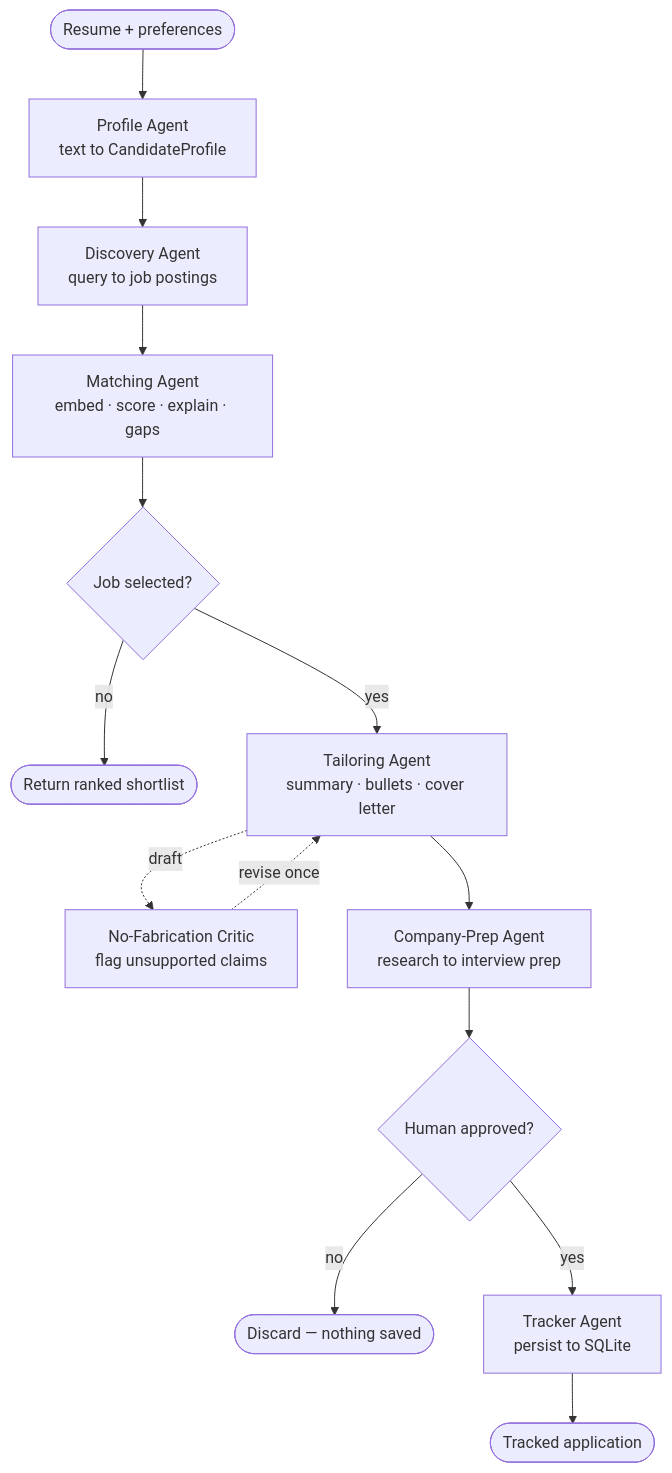
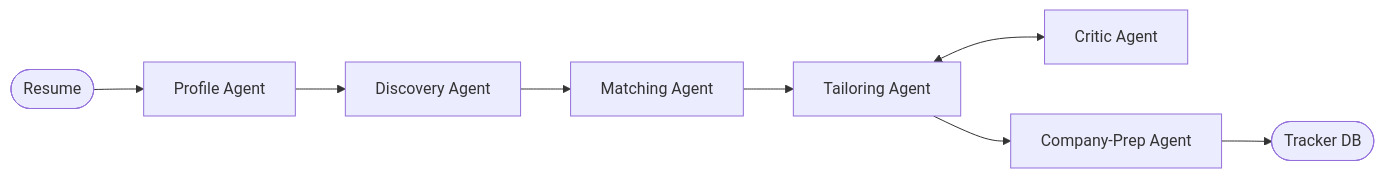
The diagram in README.md (soorya-7007/job-hunt-agent), drawn with Mermaid before and after one commit. The commit also changed other lines of this file, not shown here.

````diff
--- a/README.md
+++ b/README.md
@@ -79,19 +57,10 @@
 ```mermaid
-flowchart TD
-    START([Resume + preferences]) --> P[Profile Agent<br/>text to CandidateProfile]
-    P --> D[Discovery Agent<br/>query to job postings]
-    D --> M[Matching Agent<br/>embed · score · explain · gaps]
-
-    M --> G1{Job selected?}
-    G1 -->|no| STOP1([Return ranked shortlist])
-    G1 -->|yes| T[Tailoring Agent<br/>summary · bullets · cover letter]
-
-    T -.->|draft| C[No-Fabrication Critic<br/>flag unsupported claims]
-    C -.->|revise once| T
-
-    T --> CP[Company-Prep Agent<br/>research to interview prep]
-    CP --> G2{Human approved?}
-    G2 -->|no| STOP2([Discard — nothing saved])
-    G2 -->|yes| TR[Tracker Agent<br/>persist to SQLite]
-    TR --> DONE([Tracked application])
+flowchart LR
+    Start([Resume]) --> Parse[Profile Agent]
+    Parse --> Find[Discovery Agent]
+    Find --> Rank[Matching Agent]
+    Rank --> Tailor[Tailoring Agent]
+    Tailor <--> Critic[Critic Agent]
+    Tailor --> Prep[Company-Prep Agent]
+    Prep --> Track([Tracker DB])
 ```
````
